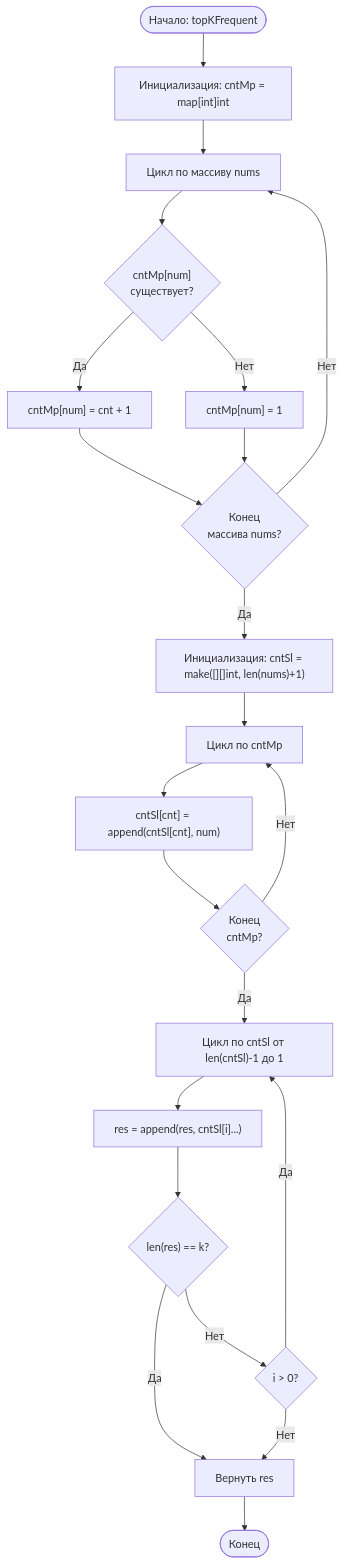
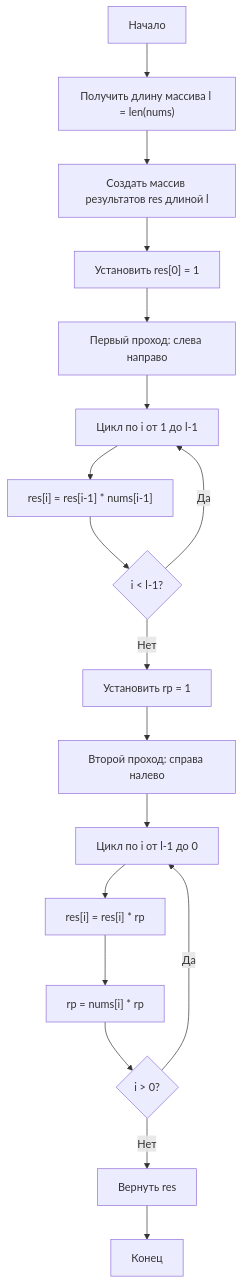
The diagram in leetcode/medium/238. Product of Array Except Self/238. Product of Array Except Self.md (andrewhigh08/algo), drawn with Mermaid before and after one commit. The commit also changed other lines of this file and 21 other files, not shown here.

````diff
--- a/leetcode/medium/238. Product of Array Except Self/238. Product of Array Except Self.md
+++ b/leetcode/medium/238. Product of Array Except Self/238. Product of Array Except Self.md
@@ -45,26 +45,23 @@
 ```mermaid
 flowchart TD
-    Start([Начало: topKFrequent]) --> InitMap["Инициализация: cntMp = map[int]int"]
-    InitMap --> Loop1["Цикл по массиву nums"]
-    Loop1 --> CheckMap{"cntMp[num]\nсуществует?"}
-    CheckMap -->|Да| IncCount["cntMp[num] = cnt + 1"]
-    CheckMap -->|Нет| SetCount["cntMp[num] = 1"]
-    IncCount --> Loop1Check{"Конец\nмассива nums?"}
-    SetCount --> Loop1Check
-    Loop1Check -->|Нет| Loop1
-    Loop1Check -->|Да| InitBuckets["Инициализация: cntSl = make([][]int, len(nums)+1)"]
-    
-    InitBuckets --> Loop2["Цикл по cntMp"]
-    Loop2 --> FillBucket["cntSl[cnt] = append(cntSl[cnt], num)"]
-    FillBucket --> Loop2Check{"Конец\ncntMp?"}
-    Loop2Check -->|Нет| Loop2
-    Loop2Check -->|Да| Loop3["Цикл по cntSl от len(cntSl)-1 до 1"]
-    
-    Loop3 --> AppendRes["res = append(res, cntSl[i]...)"]
-    AppendRes --> CheckResLen{"len(res) == k?"}
-    CheckResLen -->|Да| ReturnRes["Вернуть res"]
-    CheckResLen -->|Нет| Loop3Check{"i > 0?"}
-    Loop3Check -->|Да| Loop3
-    Loop3Check -->|Нет| ReturnRes
-    ReturnRes --> End([Конец])
+    A[Начало] --> B["Получить длину массива l = len(nums)"]
+    B --> C["Создать массив результатов res длиной l"]
+    C --> D["Установить res[0] = 1"]
+    D --> E["Первый проход: слева направо"]
+
+    E --> F["Цикл по i от 1 до l-1"]
+    F --> G["res[i] = res[i-1] * nums[i-1]"]
+    G --> H{"i < l-1?"}
+    H -->|Да| F
+
+    H -->|Нет| I["Установить rp = 1"]
+    I --> J["Второй проход: справа налево"]
+    J --> K["Цикл по i от l-1 до 0"]
+    K --> L["res[i] = res[i] * rp"]
+    L --> M["rp = nums[i] * rp"]
+    M --> N{"i > 0?"}
+    N -->|Да| K
+
+    N -->|Нет| O["Вернуть res"]
+    O --> P[Конец]
 ```
````
